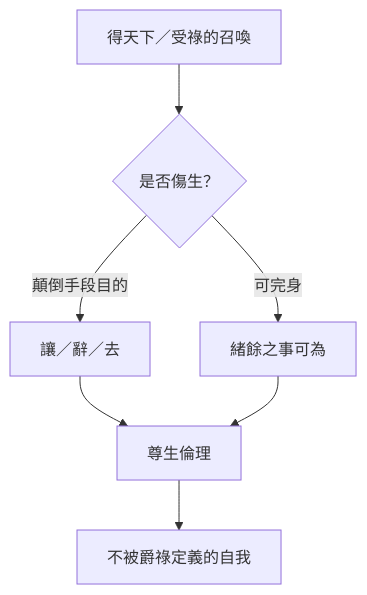
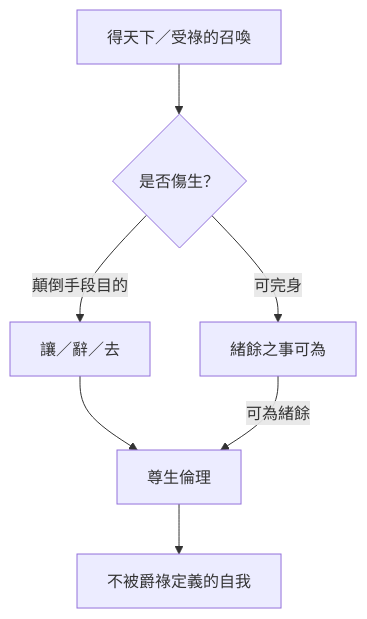
The diagram in content/chapters/03-雜篇/28-讓王.md (show0621/zhuangzi-atlas), drawn with Mermaid before and after one commit. The commit also changed 14 other files, not shown here.

First line of the commit message:
release: 合併心智圖渲染、12篇收束改寫與 Mermaid 標籤修正

````diff
--- a/content/chapters/03-雜篇/28-讓王.md
+++ b/content/chapters/03-雜篇/28-讓王.md
@@ -181,9 +181,9 @@
 ```mermaid
 flowchart TD
   A[得天下／受祿的召喚] --> B{是否傷生？}
   B -->|顛倒手段目的| C[讓／辭／去]
   B -->|可完身| D[緒餘之事可為]
   C --> E[尊生倫理]
-  D --> E
+  D -->|可為緒餘| E[尊生倫理]
   E --> F[不被爵祿定義的自我]
 ```
````
